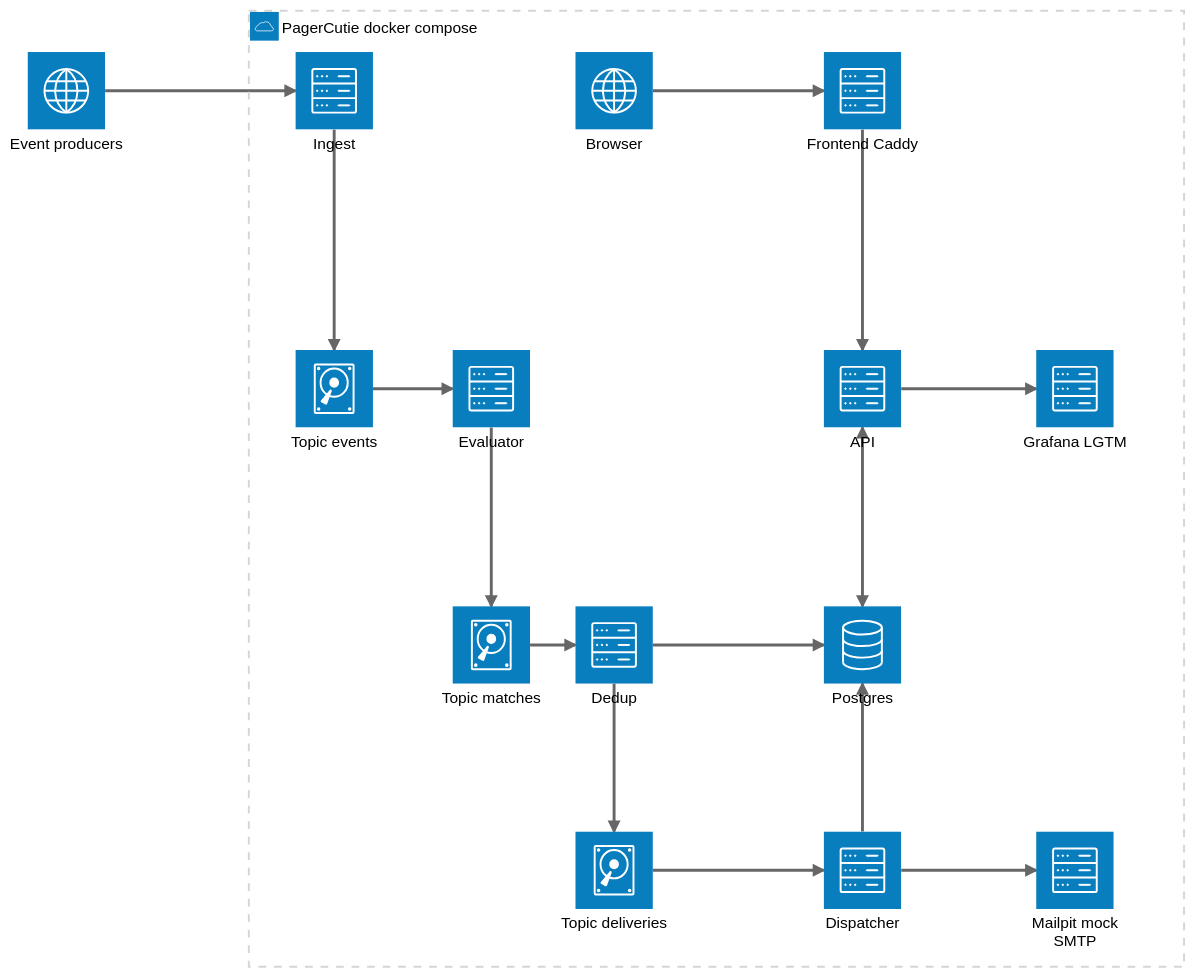
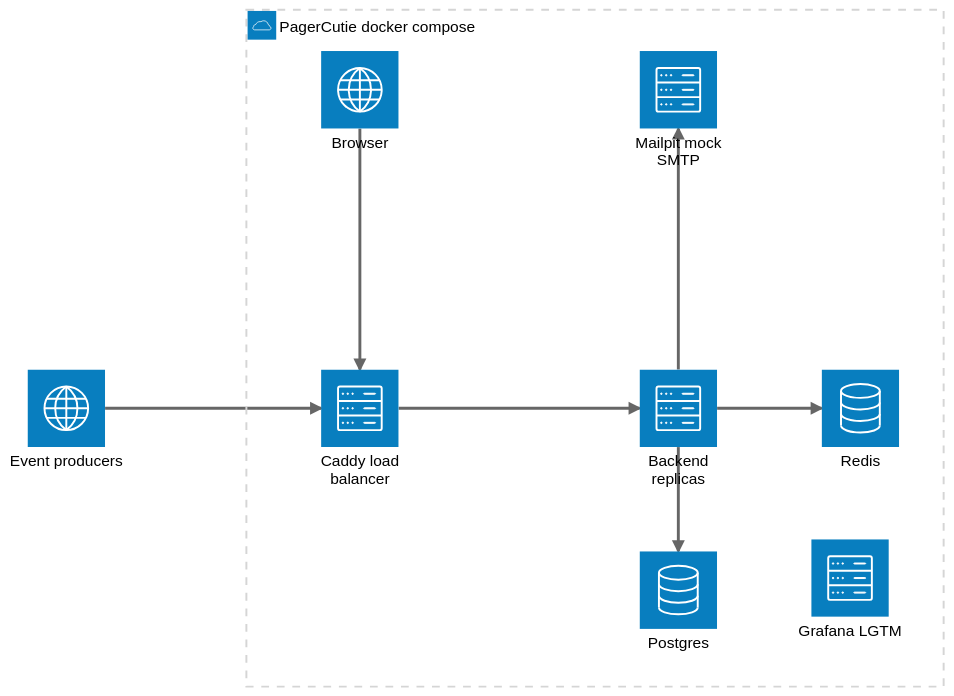
One commit to Deep-Larp-Tech/pagercutie changed the diagram in docs/SPEC.md. Above: the diagram before and after it, drawn with Mermaid (neutral theme). The commit also changed other lines of this file and 49 other files, not shown here.

````diff
--- a/docs/SPEC.md
+++ b/docs/SPEC.md
@@ -58,35 +58,21 @@
 ```mermaid
 architecture-beta
     service producers(internet)[Event producers]
     service browser(internet)[Browser]
 
     group stack(cloud)[PagerCutie docker compose]
 
-    service ingest(server)[Ingest] in stack
-    service events(disk)[Topic events] in stack
-    service evaluator(server)[Evaluator] in stack
-    service matches(disk)[Topic matches] in stack
-    service dedup(server)[Dedup] in stack
-    service deliveries(disk)[Topic deliveries] in stack
-    service dispatcher(server)[Dispatcher] in stack
+    service caddy(server)[Caddy load balancer] in stack
+    service backend(server)[Backend replicas] in stack
+    service redis(database)[Redis] in stack
     service postgres(database)[Postgres] in stack
-    service api(server)[API] in stack
-    service caddy(server)[Frontend Caddy] in stack
     service mailpit(server)[Mailpit mock SMTP] in stack
     service lgtm(server)[Grafana LGTM] in stack
 
-    producers:R --> L:ingest
-    ingest:B --> T:events
-    events:R --> L:evaluator
-    evaluator:B --> T:matches
-    matches:R --> L:dedup
-    dedup:B --> T:deliveries
-    deliveries:R --> L:dispatcher
-    dispatcher:R --> L:mailpit
-    dedup:R --> L:postgres
-    dispatcher:T --> B:postgres
-    api:B <--> T:postgres
-    caddy:B --> T:api
-    browser:R --> L:caddy
-    api:R --> L:lgtm
+    producers:R --> L:caddy
+    browser:B --> T:caddy
+    caddy:R --> L:backend
+    backend:R --> L:redis
+    backend:B --> T:postgres
+    backend:T --> B:mailpit
 ```
````
